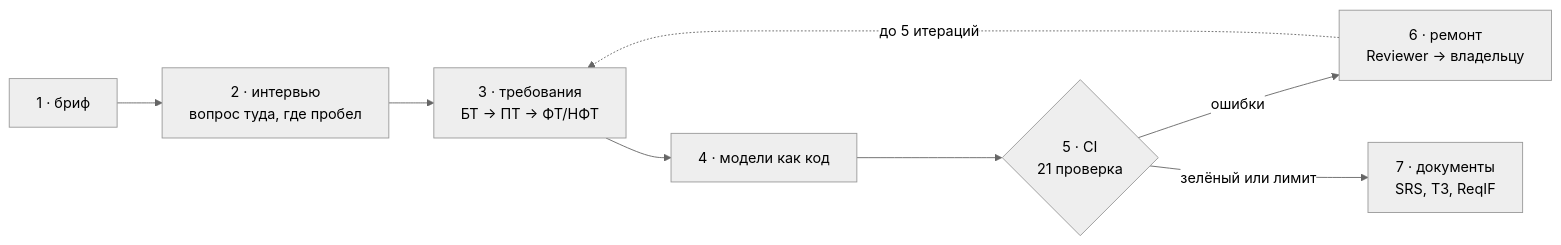
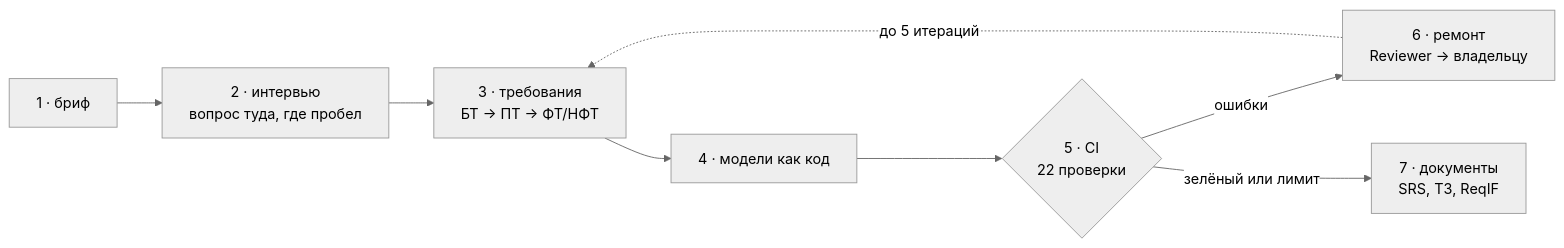
One commit to Axx-Axvd/reqgraph changed the first of 2 diagrams in docs/tech-design/01_why.md. Above: the diagram before and after it, drawn with Mermaid (neutral theme). The commit also changed 11 other files, not shown here.

````diff
--- a/docs/tech-design/01_why.md
+++ b/docs/tech-design/01_why.md
@@ -9,7 +9,7 @@
 ```mermaid
 flowchart LR
   A[1 · бриф] --> B[2 · интервью<br/>вопрос туда, где пробел] --> C[3 · требования<br/>БТ -> ПТ -> ФТ/НФТ]
-  C --> D[4 · модели как код] --> E{5 · CI<br/>21 проверка}
+  C --> D[4 · модели как код] --> E{5 · CI<br/>22 проверки}
   E -->|ошибки| F[6 · ремонт<br/>Reviewer -> владельцу] -.->|до 5 итераций| C
   E -->|зелёный или лимит| G[7 · документы<br/>SRS, ТЗ, ReqIF]
 ```
````
